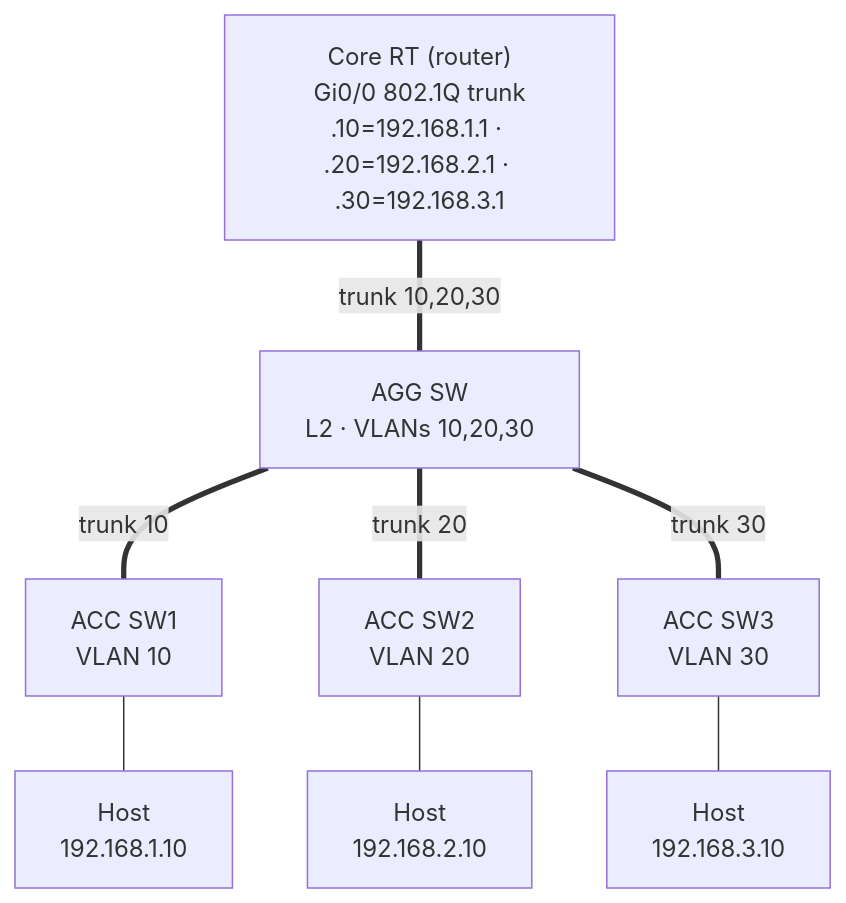
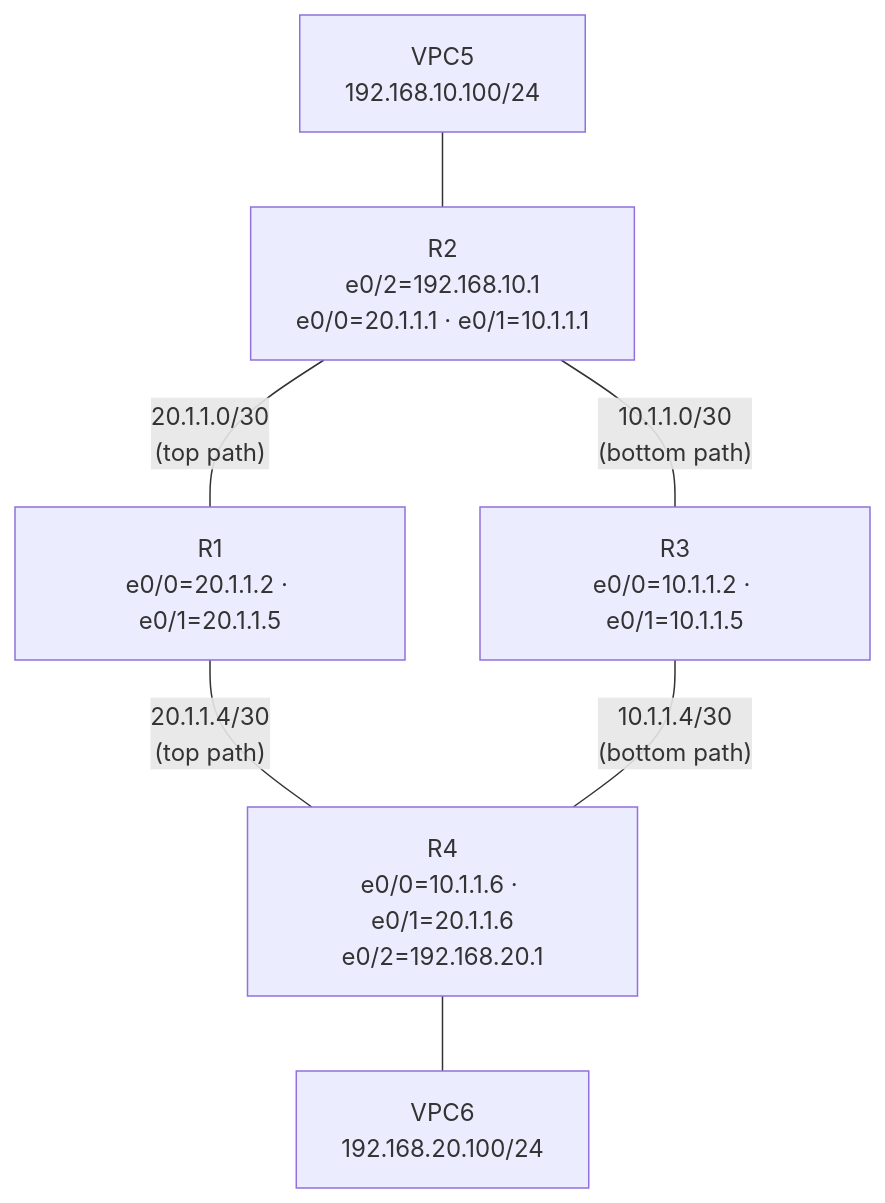
One commit to Ahnafshariar/CCNP-ENCOR-Preparation changed the first of 2 diagrams in README.md. Above: the diagram before and after it, drawn with Mermaid. The commit also changed other lines of this file, not shown here.

````diff
--- a/README.md
+++ b/README.md
@@ -58,18 +58,15 @@
 ```mermaid
 graph TD
-    CORE["Core RT (router)<br/>Gi0/0 802.1Q trunk<br/>.10=192.168.1.1 · .20=192.168.2.1 · .30=192.168.3.1"]
-    AGG["AGG SW<br/>L2 · VLANs 10,20,30"]
-    ACC1["ACC SW1<br/>VLAN 10"]
-    ACC2["ACC SW2<br/>VLAN 20"]
-    ACC3["ACC SW3<br/>VLAN 30"]
-    H1["Host<br/>192.168.1.10"]
-    H2["Host<br/>192.168.2.10"]
-    H3["Host<br/>192.168.3.10"]
-    CORE ===|"trunk 10,20,30"| AGG
-    AGG ===|"trunk 10"| ACC1
-    AGG ===|"trunk 20"| ACC2
-    AGG ===|"trunk 30"| ACC3
-    ACC1 --- H1
-    ACC2 --- H2
-    ACC3 --- H3
+    VPC5["VPC5<br/>192.168.10.100/24"]
+    R2["R2<br/>e0/2=192.168.10.1<br/>e0/0=20.1.1.1 · e0/1=10.1.1.1"]
+    R1["R1<br/>e0/0=20.1.1.2 · e0/1=20.1.1.5"]
+    R3["R3<br/>e0/0=10.1.1.2 · e0/1=10.1.1.5"]
+    R4["R4<br/>e0/0=10.1.1.6 · e0/1=20.1.1.6<br/>e0/2=192.168.20.1"]
+    VPC6["VPC6<br/>192.168.20.100/24"]
+    VPC5 --- R2
+    R2 ---|"20.1.1.0/30<br/>(top path)"| R1
+    R1 ---|"20.1.1.4/30<br/>(top path)"| R4
+    R2 ---|"10.1.1.0/30<br/>(bottom path)"| R3
+    R3 ---|"10.1.1.4/30<br/>(bottom path)"| R4
+    R4 --- VPC6
 ```
````
